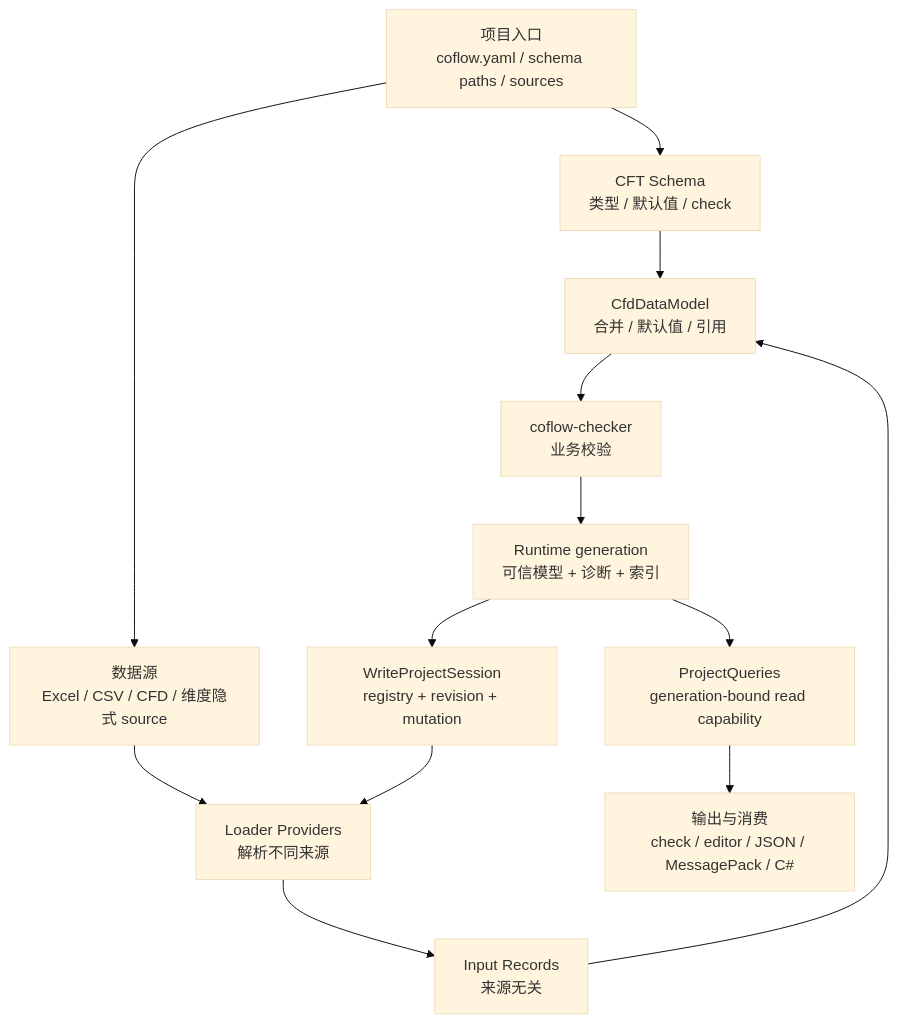
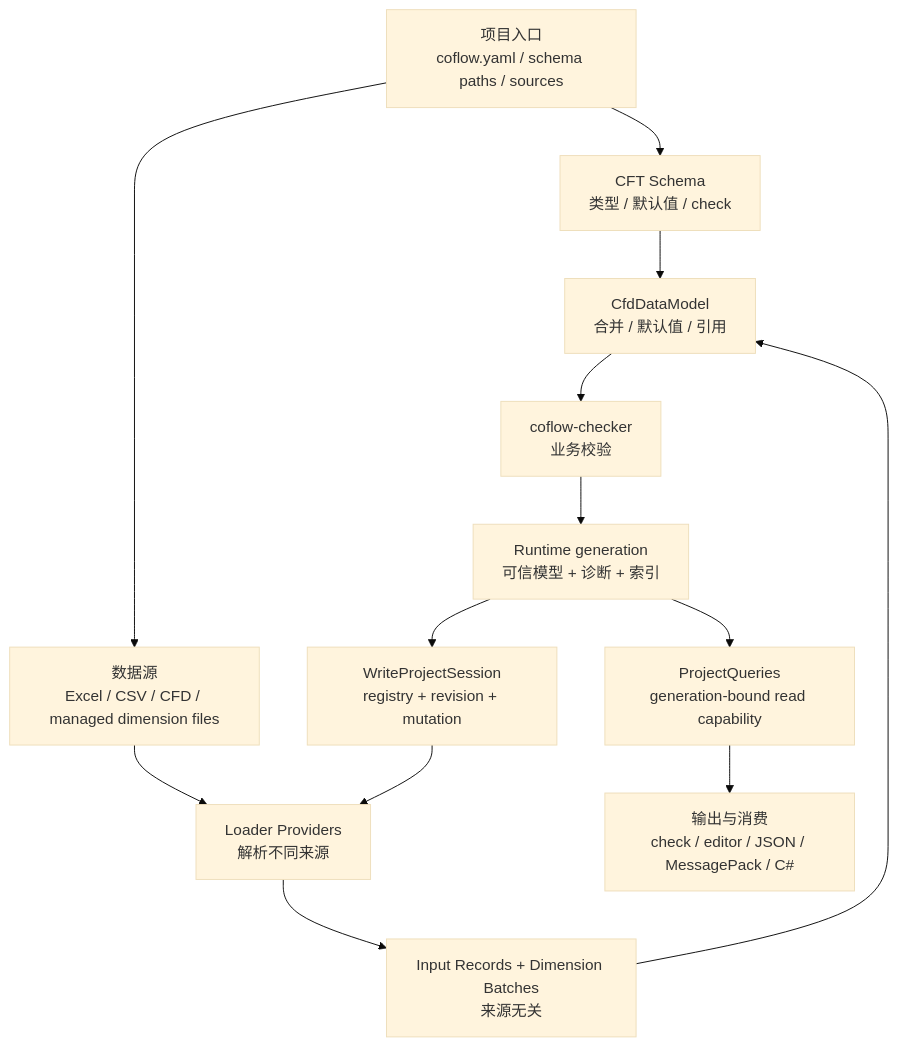
Before and after one commit to Puring103/coflow: the first of 2 diagrams in website/docs/docs/reference/12-architecture.md, drawn with Mermaid (base theme). The commit also changed other lines of this file and 12 other files, not shown here.

Commit message:
docs: finalize cft schema migration

````diff
--- a/website/docs/docs/reference/12-architecture.md
+++ b/website/docs/docs/reference/12-architecture.md
@@ -9,15 +9,15 @@
 ```mermaid
 flowchart TD
   Project["项目入口<br/>coflow.yaml / schema paths / sources"] --> Schema["CFT Schema<br/>类型 / 默认值 / check"]
-  Project --> Sources["数据源<br/>Excel / CSV / CFD / 维度隐式 source"]
+  Project --> Sources["数据源<br/>Excel / CSV / CFD / managed dimension files"]
   Sources --> Providers["Loader Providers<br/>解析不同来源"]
-  Providers --> Records["Input Records<br/>来源无关"]
+  Providers --> Records["Input Records + Dimension Batches<br/>来源无关"]
   Schema --> Model
   Records --> Model["CfdDataModel<br/>合并 / 默认值 / 引用"]
   Model --> Check["coflow-checker<br/>业务校验"]
   Check --> Generation["Runtime generation<br/>可信模型 + 诊断 + 索引"]
   Generation --> Queries["ProjectQueries<br/>generation-bound read capability"]
   Generation --> Write["WriteProjectSession<br/>registry + revision + mutation"]
   Queries --> Outputs["输出与消费<br/>check / editor / JSON / MessagePack / C#"]
   Write --> Providers
 ```
````
